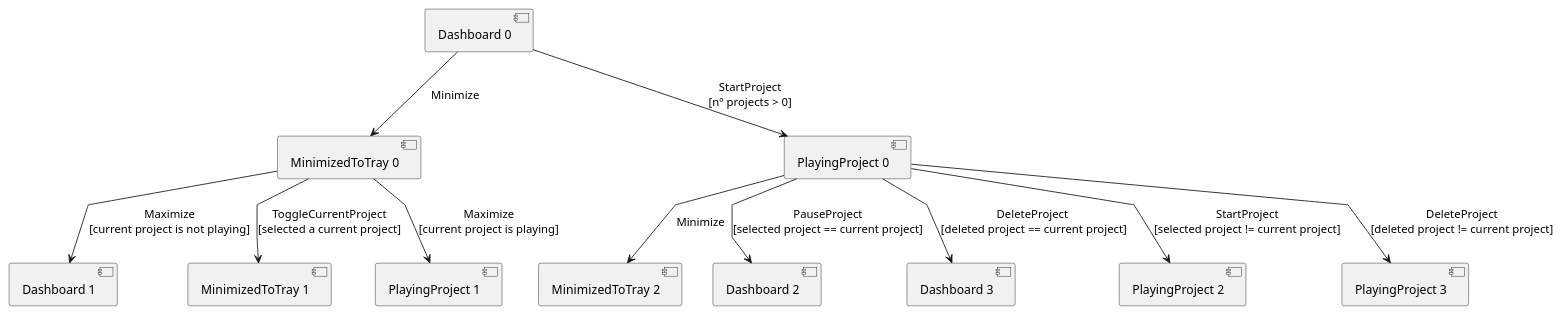
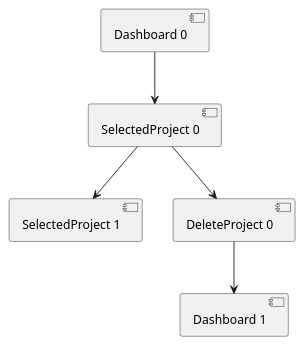
Before and after one commit to JoaoCostaIFG/tvvs: the diagram in assignments/4_model_based_testing/transition_trees/transition_tree_2.puml, drawn with PlantUML. The commit also changed 2 other files, not shown here.

```diff
--- a/assignments/4_model_based_testing/transition_trees/transition_tree_2.puml
+++ b/assignments/4_model_based_testing/transition_trees/transition_tree_2.puml
@@ -1,17 +1,11 @@
 @startuml
 skinparam linetype polyline
 
-[Dashboard 0] -d-> [MinimizedToTray 0] : Minimize
-[Dashboard 0] -d-> [PlayingProject 0] : StartProject\n[nº projects > 0]
+[Dashboard 0] -d-> [SelectedProject 0] 
 
-[MinimizedToTray 0] -d-> [Dashboard 1] : Maximize\n[current project is not playing]
-[MinimizedToTray 0] -d-> [MinimizedToTray 1] : ToggleCurrentProject\n[selected a current project]
-[MinimizedToTray 0] -d-> [PlayingProject 1] : Maximize\n[current project is playing]
+[SelectedProject 0] -d-> [SelectedProject 1] 
+[SelectedProject 0] -d-> [DeleteProject 0] 
 
-[PlayingProject 0] -d-> [MinimizedToTray 2] : Minimize 
-[PlayingProject 0] -d-> [Dashboard 2] : PauseProject\n[selected project == current project]
-[PlayingProject 0] -d-> [Dashboard 3] : DeleteProject \n[deleted project == current project]
-[PlayingProject 0] -d-> [PlayingProject 2] : StartProject\n[selected project != current project]
-[PlayingProject 0] -d-> [PlayingProject 3] : DeleteProject\n[deleted project != current project]
+[DeleteProject 0] -d-> [Dashboard 1] 
 
 @enduml
```
